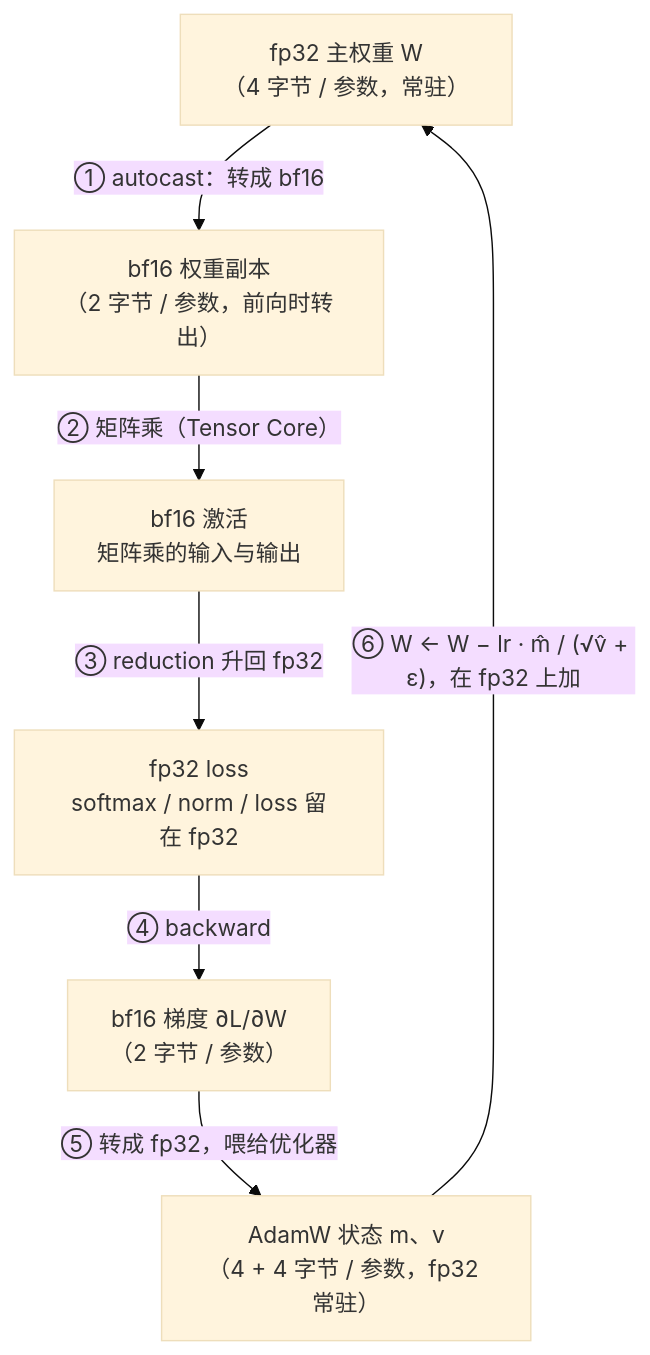
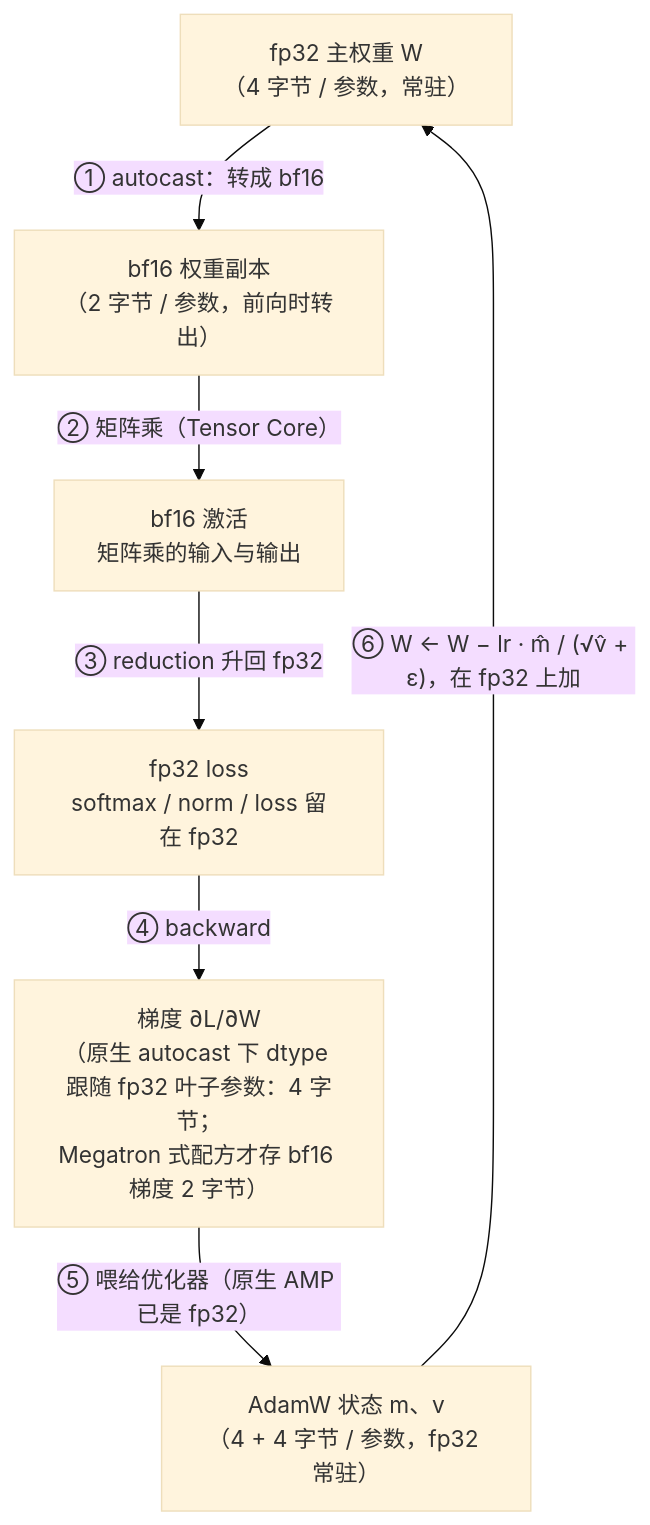
One commit to arganzheng/arganzheng.github.com changed the diagram in _posts/2026-01-20-pytorch-in-use-mixed-precision-memory-ledger-and-multi-gpu.md. Above: the diagram before and after it, drawn with Mermaid (base theme). The commit also changed other lines of this file and 21 other files, not shown here.

````diff
--- a/_posts/2026-01-20-pytorch-in-use-mixed-precision-memory-ledger-and-multi-gpu.md
+++ b/_posts/2026-01-20-pytorch-in-use-mixed-precision-memory-ledger-and-multi-gpu.md
@@ -64,15 +64,15 @@
 ```mermaid
 flowchart TB
     W32["fp32 主权重 W<br/>（4 字节 / 参数，常驻）"]
     W16["bf16 权重副本<br/>（2 字节 / 参数，前向时转出）"]
     ACT["bf16 激活<br/>矩阵乘的输入与输出"]
     LOSS["fp32 loss<br/>softmax / norm / loss 留在 fp32"]
-    G16["bf16 梯度 ∂L/∂W<br/>（2 字节 / 参数）"]
+    G16["梯度 ∂L/∂W<br/>（原生 autocast 下 dtype 跟随 fp32 叶子参数：4 字节；<br/>Megatron 式配方才存 bf16 梯度 2 字节）"]
     OPT["AdamW 状态 m、v<br/>（4 + 4 字节 / 参数，fp32 常驻）"]
     W32 -- "① autocast：转成 bf16" --> W16
     W16 -- "② 矩阵乘（Tensor Core）" --> ACT
     ACT -- "③ reduction 升回 fp32" --> LOSS
     LOSS -- "④ backward" --> G16
-    G16 -- "⑤ 转成 fp32，喂给优化器" --> OPT
+    G16 -- "⑤ 喂给优化器（原生 AMP 已是 fp32）" --> OPT
     OPT -- "⑥ W ← W − lr · m̂ / (√v̂ + ε)，在 fp32 上加" --> W32
 ```
````
